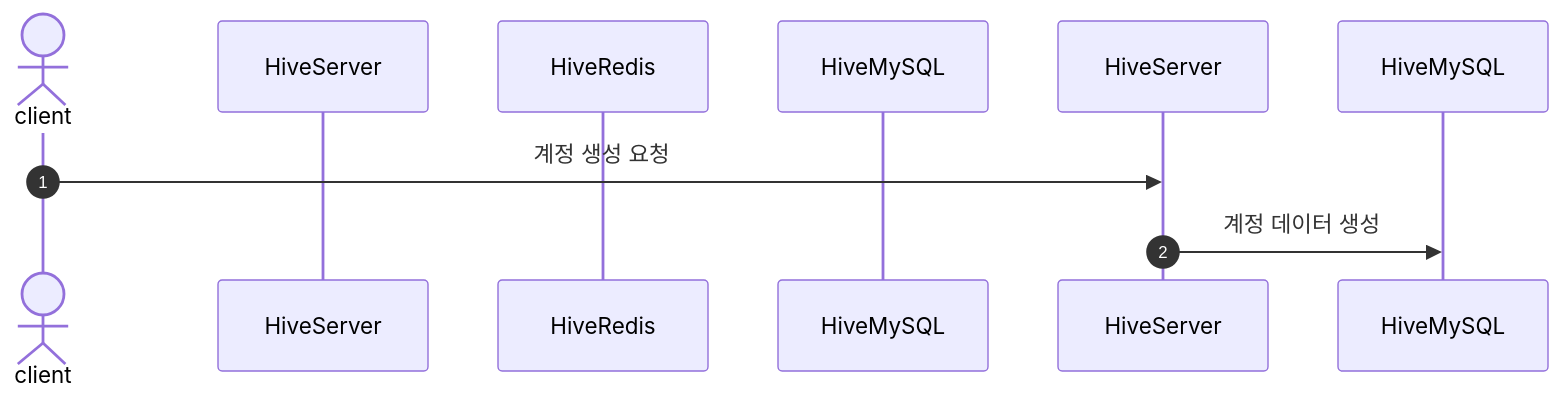
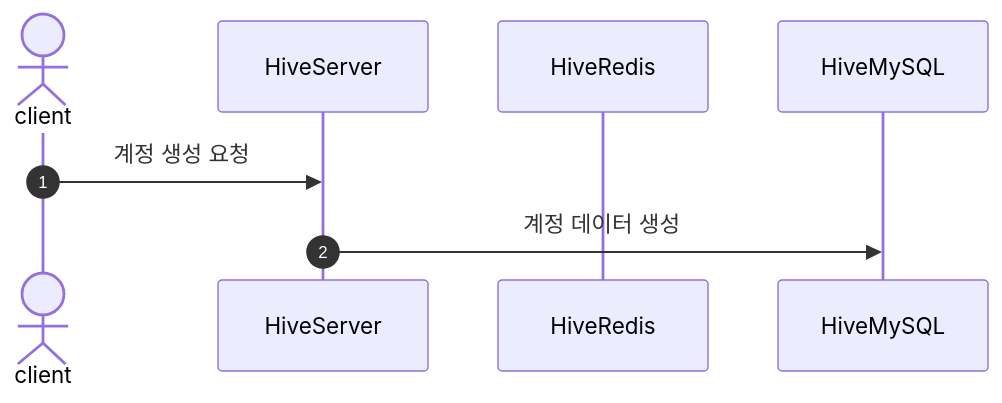
One commit to hhes0225/OmokServer changed the first of 2 diagrams in SequenceDiagram.md. Above: the diagram before and after it, drawn with Mermaid. The commit also changed other lines of this file, not shown here.

````diff
--- a/SequenceDiagram.md
+++ b/SequenceDiagram.md
@@ -3,10 +3,10 @@
 ```mermaid
 sequenceDiagram
   autonumber
   actor A as client
   participant B as HiveServer
   participant C as HiveRedis
   participant D as HiveMySQL
-  A->>HiveServer: 계정 생성 요청
-  HiveServer->>HiveMySQL: 계정 데이터 생성
+  A->>B: 계정 생성 요청
+  B->>D: 계정 데이터 생성
 ```
````
